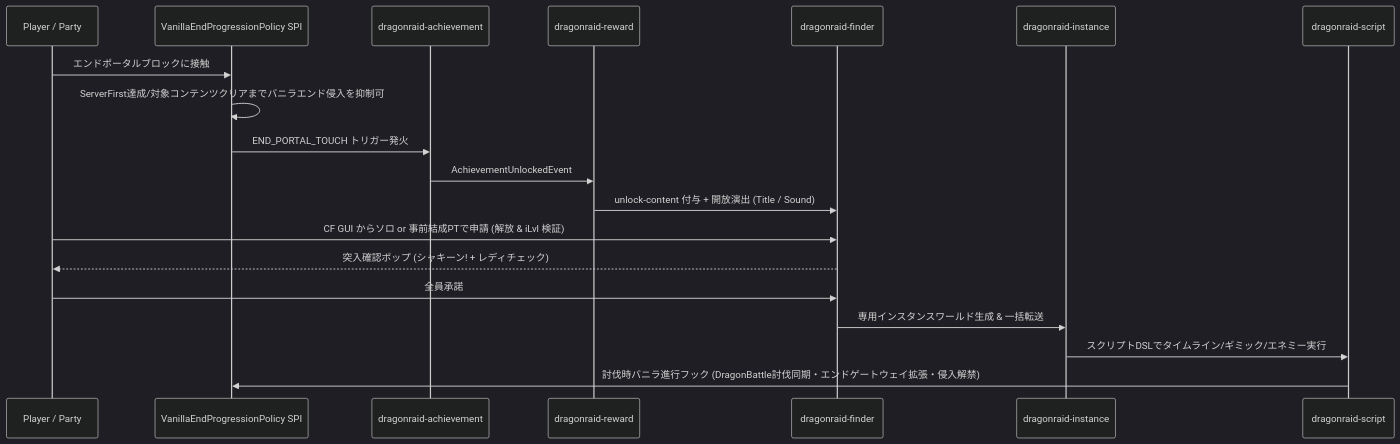
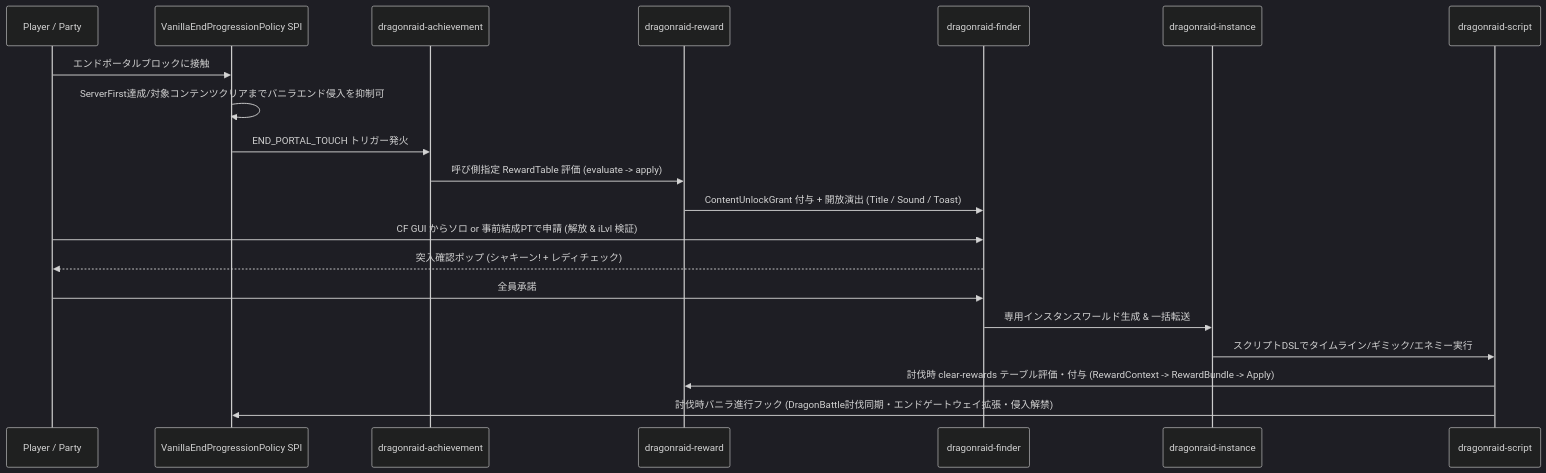
The second of 2 diagrams in docs/SPECIFICATION.md (ikafly144/DragonRaid), drawn with Mermaid (dark theme) before and after one commit. The commit also changed other lines of this file and 118 other files, not shown here.

First line of the commit message:
feat(m2): content pack loader, data-driven achievements, loot-table rewards & vanilla End progression SPI (#62)

````diff
--- a/docs/SPECIFICATION.md
+++ b/docs/SPECIFICATION.md
@@ -107,22 +107,23 @@
 ```mermaid
 sequenceDiagram
     participant P as Player / Party
     participant VP as VanillaEndProgressionPolicy SPI
     participant ACH as dragonraid-achievement
     participant REW as dragonraid-reward
     participant CF as dragonraid-finder
     participant INST as dragonraid-instance
     participant SCR as dragonraid-script
 
     P->>VP: エンドポータルブロックに接触
     VP->>VP: ServerFirst達成/対象コンテンツクリアまでバニラエンド侵入を抑制可
     VP->>ACH: END_PORTAL_TOUCH トリガー発火
-    ACH->>REW: AchievementUnlockedEvent
-    REW->>CF: unlock-content 付与 + 開放演出 (Title / Sound)
+    ACH->>REW: 呼び側指定 RewardTable 評価 (evaluate -> apply)
+    REW->>CF: ContentUnlockGrant 付与 + 開放演出 (Title / Sound / Toast)
     P->>CF: CF GUI からソロ or 事前結成PTで申請 (解放 & iLvl 検証)
     CF-->>P: 突入確認ポップ (シャキーン! + レディチェック)
     P->>CF: 全員承諾
     CF->>INST: 専用インスタンスワールド生成 & 一括転送
     INST->>SCR: スクリプトDSLでタイムライン/ギミック/エネミー実行
+    SCR->>REW: 討伐時 clear-rewards テーブル評価・付与 (RewardContext -> RewardBundle -> Apply)
     SCR->>VP: 討伐時バニラ進行フック (DragonBattle討伐同期・エンドゲートウェイ拡張・侵入解禁)
 ```
````
